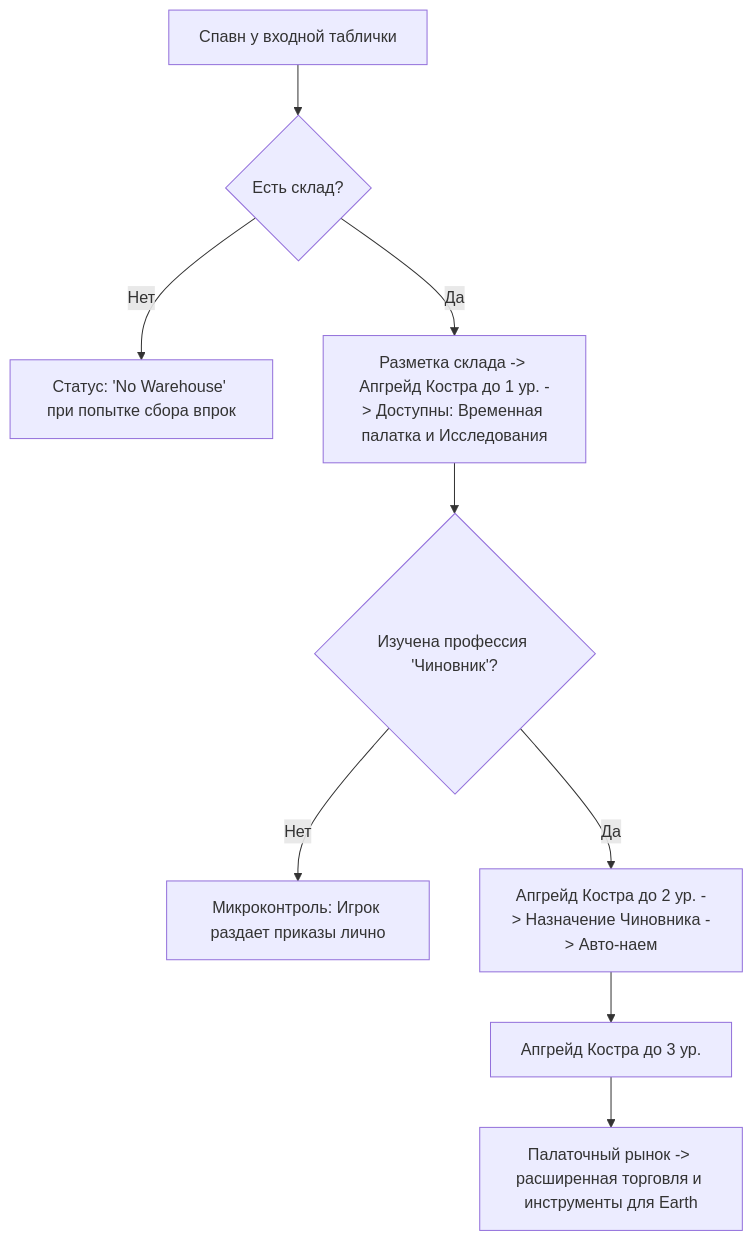
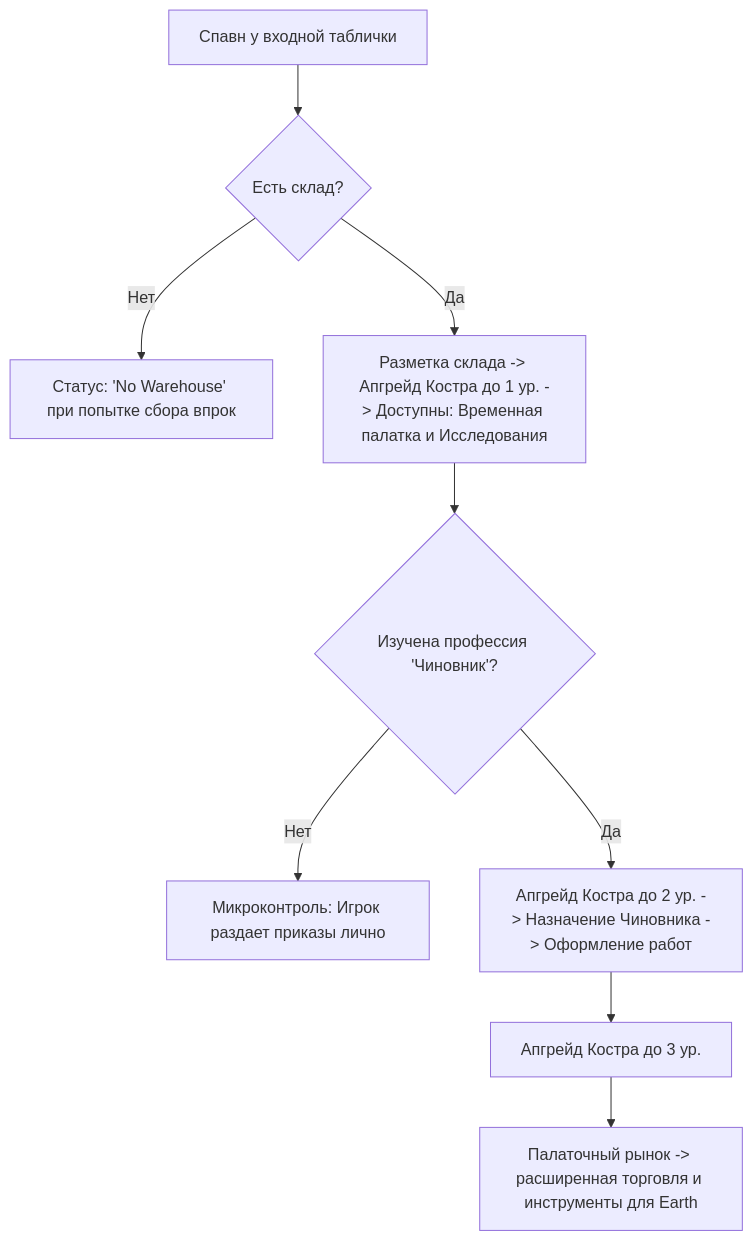
Before and after one commit to bozonx/go-to-happyness: the diagram in design_docs/tent_era_survival.md, drawn with Mermaid. The commit also changed other lines of this file and 6 other files, not shown here.

````diff
--- a/design_docs/tent_era_survival.md
+++ b/design_docs/tent_era_survival.md
@@ -65,11 +82,11 @@
 ```mermaid
 graph TD
     Spawn[Спавн у входной таблички] --> NoWarehouse{Есть склад?}
     NoWarehouse -- Нет --> StatusNoWarehouse[Статус: 'No Warehouse' при попытке сбора впрок]
     NoWarehouse -- Да --> BuildCampfire1[Разметка склада -> Апгрейд Костра до 1 ур. -> Доступны: Временная палатка и Исследования]
     BuildCampfire1 --> ResearchOfficial{Изучена профессия 'Чиновник'?}
     ResearchOfficial -- Нет --> MicroManagement[Микроконтроль: Игрок раздает приказы лично]
-    ResearchOfficial -- Да --> UpgradeCampfire2[Апгрейд Костра до 2 ур. -> Назначение Чиновника -> Авто-наем]
+    ResearchOfficial -- Да --> UpgradeCampfire2[Апгрейд Костра до 2 ур. -> Назначение Чиновника -> Оформление работ]
     UpgradeCampfire2 --> UpgradeCampfire3[Апгрейд Костра до 3 ур.]
     UpgradeCampfire3 --> TentMarket[Палаточный рынок -> расширенная торговля и инструменты для Earth]
 ```
````
